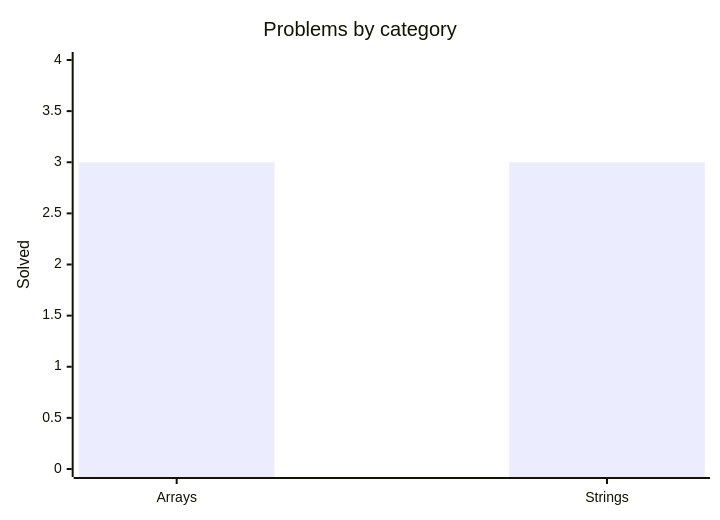
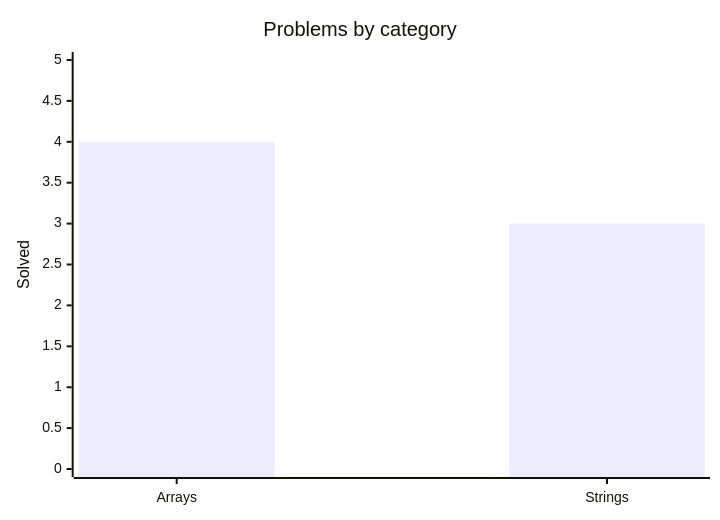
The diagram in README.md (mauli-waghmore/data-structures-algorithms-kotlin), drawn with Mermaid before and after one commit. The commit also changed other lines of this file and 1 other file, not shown here.

````diff
--- a/README.md
+++ b/README.md
@@ -35,8 +35,8 @@
 ```mermaid
 %%{init: {"xyChart": {"plotColorPalette": "#7F52FF"}}}%%
 xychart-beta
     title "Problems by category"
     x-axis ["Arrays", "Strings"]
-    y-axis "Solved" 0 --> 4
-    bar [3, 3]
+    y-axis "Solved" 0 --> 5
+    bar [4, 3]
 ```
````
